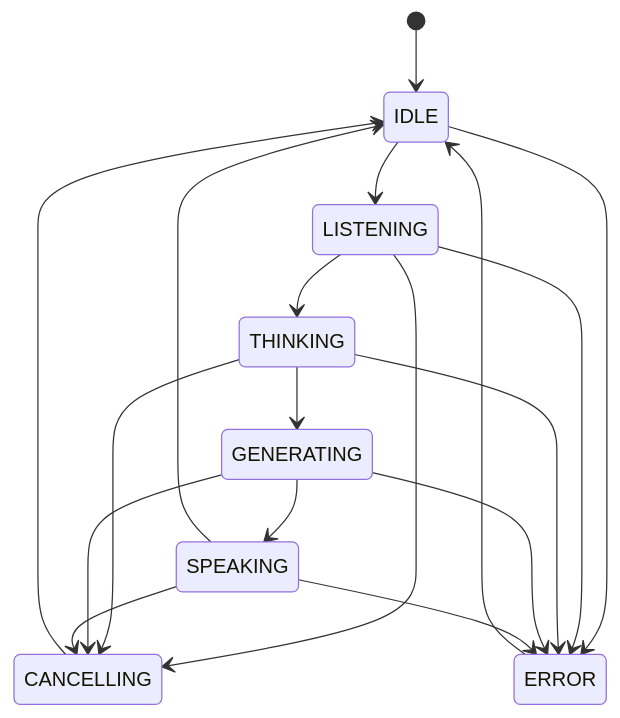
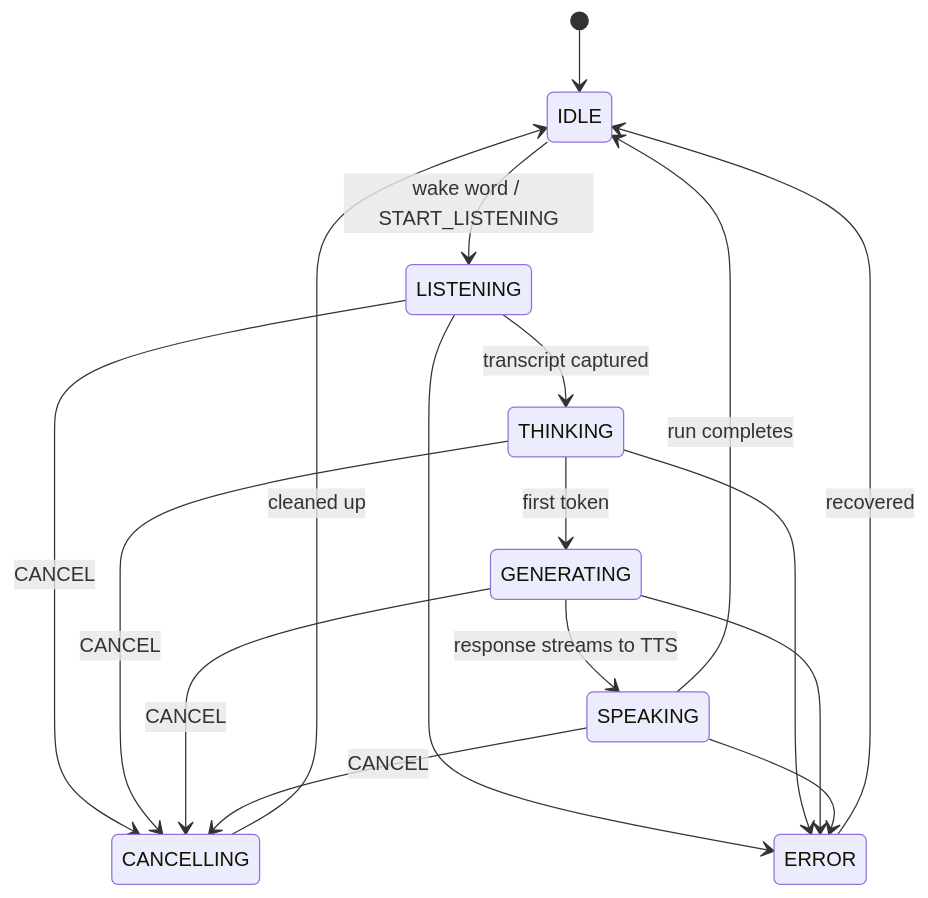
One commit to kaushalkrishnax/kritha changed the second of 5 diagrams in README.md. Above: the diagram before and after it, drawn with Mermaid. The commit also changed other lines of this file and 80 other files, not shown here.

````diff
--- a/README.md
+++ b/README.md
@@ -122,25 +112,22 @@
 ```mermaid
 stateDiagram-v2
     [*] --> IDLE
 
-    IDLE --> LISTENING
-    LISTENING --> THINKING
-    THINKING --> GENERATING
-    GENERATING --> SPEAKING
-    SPEAKING --> IDLE
+    IDLE --> LISTENING: wake word / START_LISTENING
+    LISTENING --> THINKING: transcript captured
+    THINKING --> GENERATING: first token
+    GENERATING --> SPEAKING: response streams to TTS
+    SPEAKING --> IDLE: run completes
 
-    LISTENING --> CANCELLING
-    THINKING --> CANCELLING
-    GENERATING --> CANCELLING
-    SPEAKING --> CANCELLING
+    LISTENING --> CANCELLING: CANCEL
+    THINKING --> CANCELLING: CANCEL
+    GENERATING --> CANCELLING: CANCEL
+    SPEAKING --> CANCELLING: CANCEL
+    CANCELLING --> IDLE: cleaned up
 
-    CANCELLING --> IDLE
-
-    IDLE --> ERROR
     LISTENING --> ERROR
     THINKING --> ERROR
     GENERATING --> ERROR
     SPEAKING --> ERROR
-
-    ERROR --> IDLE
+    ERROR --> IDLE: recovered
 ```
````
